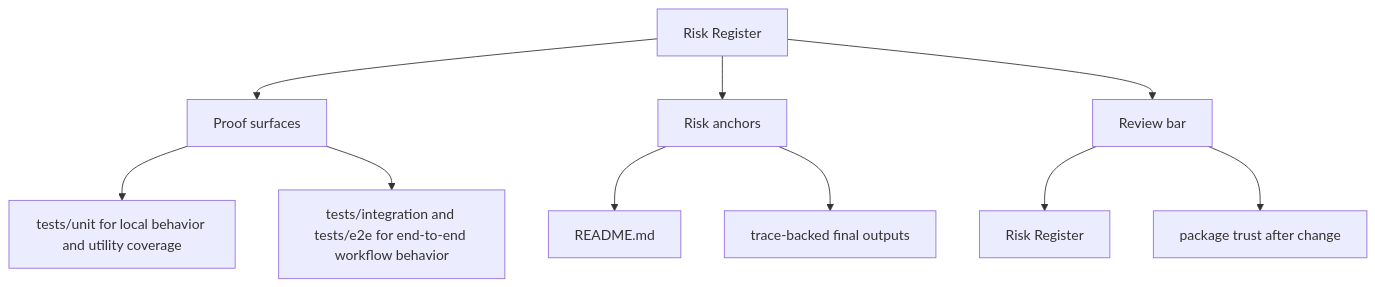
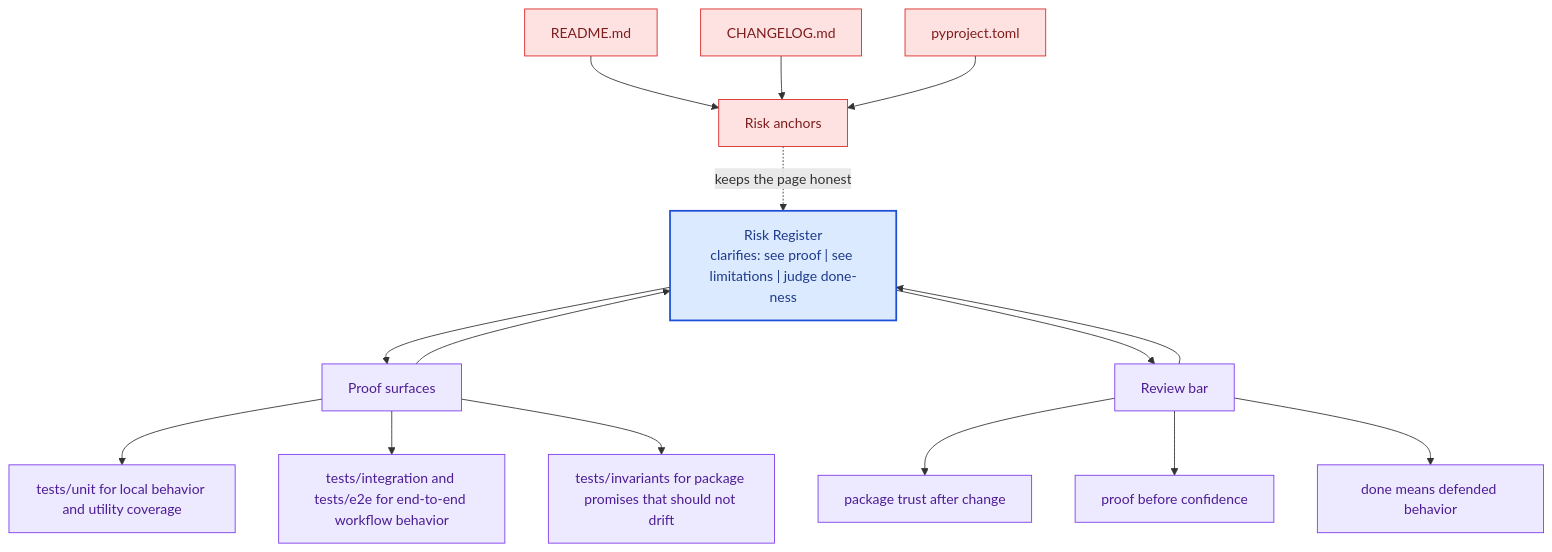
One commit to bijux/bijux-canon changed the second of 2 diagrams in docs/bijux-canon-agent/quality/risk-register.md. Above: the diagram before and after it, drawn with Mermaid. The commit also changed other lines of this file and 281 other files, not shown here.

Commit message:
docs(diagrams): deepen handbook mermaid maps across the catalog

````diff
--- a/docs/bijux-canon-agent/quality/risk-register.md
+++ b/docs/bijux-canon-agent/quality/risk-register.md
@@ -35,22 +68,41 @@
 ```mermaid
-flowchart TD
-    page["Risk Register"]
+flowchart TB
+    promise["Risk Register<br/>clarifies: see proof | see limitations | judge done-ness"]
+    classDef promise fill:#dbeafe,stroke:#1d4ed8,color:#1e3a8a,stroke-width:2px;
+    classDef driver fill:#dcfce7,stroke:#16a34a,color:#14532d;
+    classDef constraint fill:#fee2e2,stroke:#dc2626,color:#7f1d1d;
+    classDef ground fill:#ede9fe,stroke:#7c3aed,color:#4c1d95;
     focus1["Proof surfaces"]
-    page --> focus1
+    focus1 --> promise
+    promise --> focus1
     focus1_1["tests/unit for local behavior and utility coverage"]
     focus1 --> focus1_1
     focus1_2["tests/integration and tests/e2e for end-to-end workflow behavior"]
     focus1 --> focus1_2
+    focus1_3["tests/invariants for package promises that should not drift"]
+    focus1 --> focus1_3
+    class focus1 ground;
+    class focus1_1,focus1_2,focus1_3 ground;
     focus2["Risk anchors"]
-    page --> focus2
+    focus2 -.keeps the page honest.-> promise
     focus2_1["README.md"]
-    focus2 --> focus2_1
-    focus2_2["trace-backed final outputs"]
-    focus2 --> focus2_2
+    focus2_1 --> focus2
+    focus2_2["CHANGELOG.md"]
+    focus2_2 --> focus2
+    focus2_3["pyproject.toml"]
+    focus2_3 --> focus2
+    class focus2 constraint;
+    class focus2_1,focus2_2,focus2_3 constraint;
     focus3["Review bar"]
-    page --> focus3
-    focus3_1["Risk Register"]
+    focus3 --> promise
+    promise --> focus3
+    focus3_1["package trust after change"]
     focus3 --> focus3_1
-    focus3_2["package trust after change"]
+    focus3_2["proof before confidence"]
     focus3 --> focus3_2
+    focus3_3["done means defended behavior"]
+    focus3 --> focus3_3
+    class focus3 ground;
+    class focus3_1,focus3_2,focus3_3 ground;
+    class promise promise;
 ```
````
